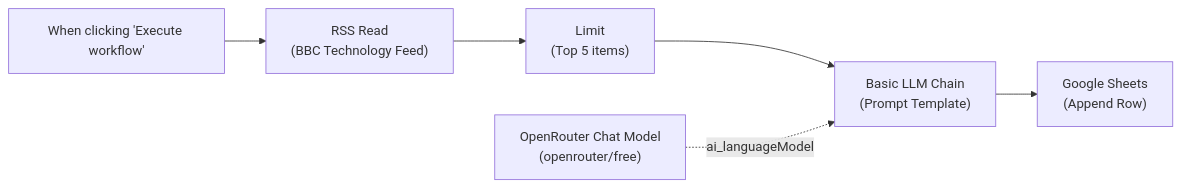
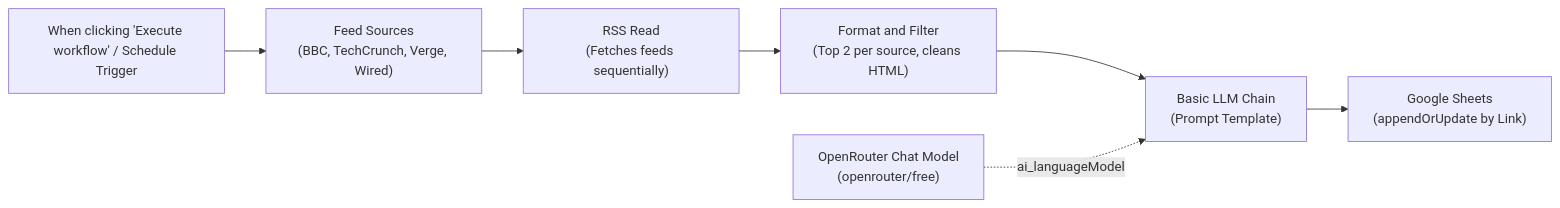
One commit to Abhi-lab645/ai-gmail-n8n changed the diagram in README.md. Above: the diagram before and after it, drawn with Mermaid. The commit also changed other lines of this file and 9 other files, not shown here.

Commit message:
feat: add multi-source RSS intelligence pipeline (BBC, TC, Verge, Wired) with deduplication

````diff
--- a/README.md
+++ b/README.md
@@ -14,8 +16,9 @@
 ```mermaid
 flowchart LR
-    A["When clicking 'Execute workflow'"] --> B["RSS Read\n(BBC Technology Feed)"]
-    B --> C["Limit\n(Top 5 items)"]
-    C --> D["Basic LLM Chain\n(Prompt Template)"]
-    E["OpenRouter Chat Model\n(openrouter/free)"] -.->|ai_languageModel| D
-    D --> F["Google Sheets\n(Append Row)"]
+    A["When clicking 'Execute workflow' / Schedule Trigger"] --> B["Feed Sources\n(BBC, TechCrunch, Verge, Wired)"]
+    B --> C["RSS Read\n(Fetches feeds sequentially)"]
+    C --> D["Format and Filter\n(Top 2 per source, cleans HTML)"]
+    D --> E["Basic LLM Chain\n(Prompt Template)"]
+    F["OpenRouter Chat Model\n(openrouter/free)"] -.->|ai_languageModel| E
+    E --> G["Google Sheets\n(appendOrUpdate by Link)"]
 ```
````
